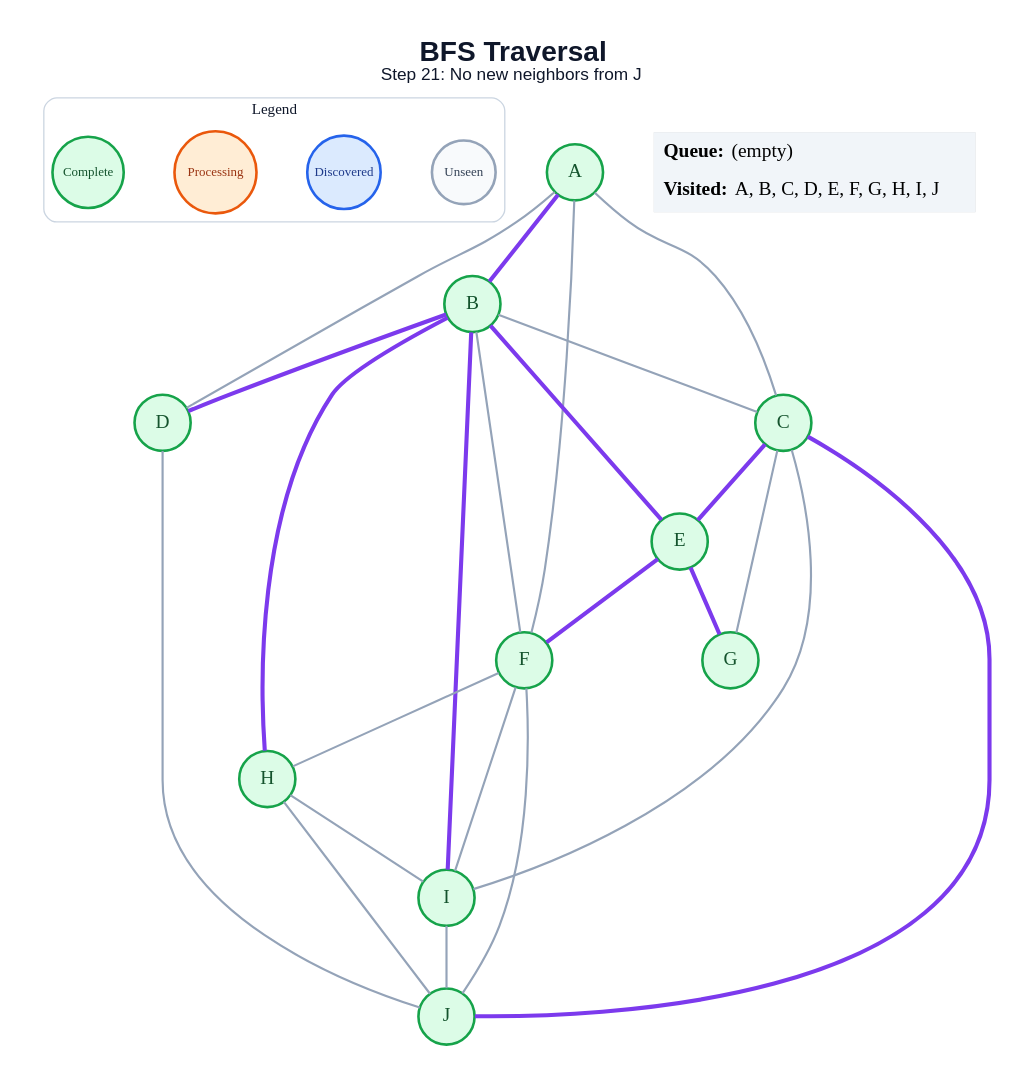
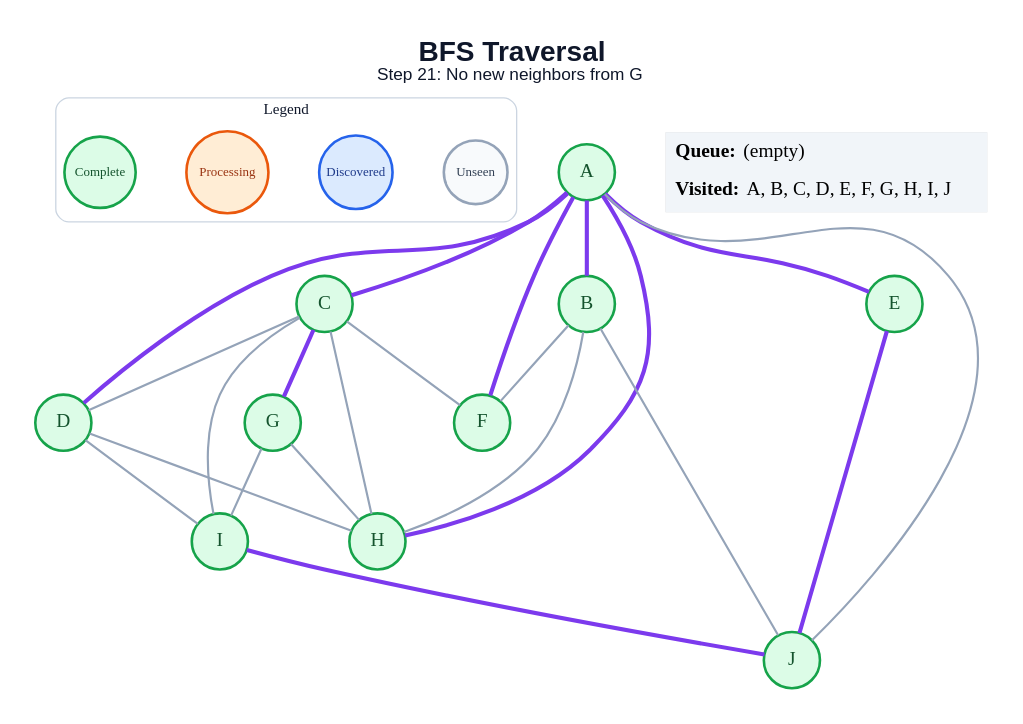
Before and after one commit to anon7238593-create/ai-slop: the diagram in generated/specific-node/bfs/step_21.dot, drawn with Graphviz. The commit also changed 171 other files, not shown here.

```diff
--- a/generated/specific-node/bfs/step_21.dot
+++ b/generated/specific-node/bfs/step_21.dot
@@ -1,52 +1,50 @@
 graph traversal {
   graph [layout=dot, rankdir=TB, bgcolor="#FFFFFF", pad="0.35", nodesep="0.65", ranksep="0.8", fontname="Arial"];
   node [shape=circle, style="filled", fontname="Arial Bold", fontsize=18, width=0.72, fixedsize=true, penwidth=2.4];
   edge [color="#94A3B8", penwidth=2.0];
-  label=<<B>BFS Traversal</B><BR/><FONT POINT-SIZE="16">Step 21: No new neighbors from J</FONT>>; labelloc="t"; fontsize=26; fontname="Arial"; fontcolor="#0F172A";
+  label=<<B>BFS Traversal</B><BR/><FONT POINT-SIZE="16">Step 21: No new neighbors from G</FONT>>; labelloc="t"; fontsize=26; fontname="Arial"; fontcolor="#0F172A";
   subgraph cluster_legend { label="Legend"; color="#CBD5E1"; penwidth=1.2; style="rounded"; fontsize=14; fontname="Arial Bold";
     key_unseen [label="Unseen", fillcolor="#F8FAFC", color="#94A3B8", fontcolor="#334155", fontsize=12, width=0.82];
     key_frontier [label="Discovered", fillcolor="#DBEAFE", color="#2563EB", fontcolor="#1E3A8A", fontsize=12, width=0.95];
     key_current [label="Processing", fillcolor="#FFEDD5", color="#EA580C", fontcolor="#9A3412", fontsize=12, width=1.05];
     key_done [label="Complete", fillcolor="#DCFCE7", color="#16A34A", fontcolor="#14532D", fontsize=12, width=0.92];
     { rank=same; key_unseen; key_frontier; key_current; key_done; }
   }
   A [fillcolor="#DCFCE7", color="#16A34A", fontcolor="#14532D"];
   B [fillcolor="#DCFCE7", color="#16A34A", fontcolor="#14532D"];
   C [fillcolor="#DCFCE7", color="#16A34A", fontcolor="#14532D"];
   D [fillcolor="#DCFCE7", color="#16A34A", fontcolor="#14532D"];
   E [fillcolor="#DCFCE7", color="#16A34A", fontcolor="#14532D"];
   F [fillcolor="#DCFCE7", color="#16A34A", fontcolor="#14532D"];
   G [fillcolor="#DCFCE7", color="#16A34A", fontcolor="#14532D"];
   H [fillcolor="#DCFCE7", color="#16A34A", fontcolor="#14532D"];
   I [fillcolor="#DCFCE7", color="#16A34A", fontcolor="#14532D"];
   J [fillcolor="#DCFCE7", color="#16A34A", fontcolor="#14532D"];
   A -- B [color="#7C3AED", penwidth=3.8];
-  A -- C;
-  A -- D;
-  A -- F;
-  B -- C;
-  B -- D [color="#7C3AED", penwidth=3.8];
-  B -- E [color="#7C3AED", penwidth=3.8];
+  A -- C [color="#7C3AED", penwidth=3.8];
+  A -- D [color="#7C3AED", penwidth=3.8];
+  A -- E [color="#7C3AED", penwidth=3.8];
+  A -- F [color="#7C3AED", penwidth=3.8];
+  A -- H [color="#7C3AED", penwidth=3.8];
+  A -- J;
   B -- F;
-  B -- H [color="#7C3AED", penwidth=3.8];
-  B -- I [color="#7C3AED", penwidth=3.8];
-  C -- E [color="#7C3AED", penwidth=3.8];
-  C -- G;
+  B -- H;
+  B -- J;
+  C -- D;
+  C -- F;
+  C -- G [color="#7C3AED", penwidth=3.8];
+  C -- H;
   C -- I;
-  C -- J [color="#7C3AED", penwidth=3.8];
-  D -- J;
-  E -- F [color="#7C3AED", penwidth=3.8];
-  E -- G [color="#7C3AED", penwidth=3.8];
-  F -- H;
-  F -- I;
-  F -- J;
-  H -- I;
-  H -- J;
-  I -- J;
+  D -- H;
+  D -- I;
+  E -- J [color="#7C3AED", penwidth=3.8];
+  G -- H;
+  G -- I;
+  I -- J [color="#7C3AED", penwidth=3.8];
   status [shape=plain, fixedsize=false, width=0, height=0, margin=0, label=<
     <TABLE BORDER="0" CELLBORDER="0" CELLPADDING="7" BGCOLOR="#F1F5F9">
       <TR><TD ALIGN="LEFT"><B>Queue:</B> (empty)</TD></TR>
       <TR><TD ALIGN="LEFT"><B>Visited:</B> A, B, C, D, E, F, G, H, I, J</TD></TR>
     </TABLE>
   >];
 }
```
